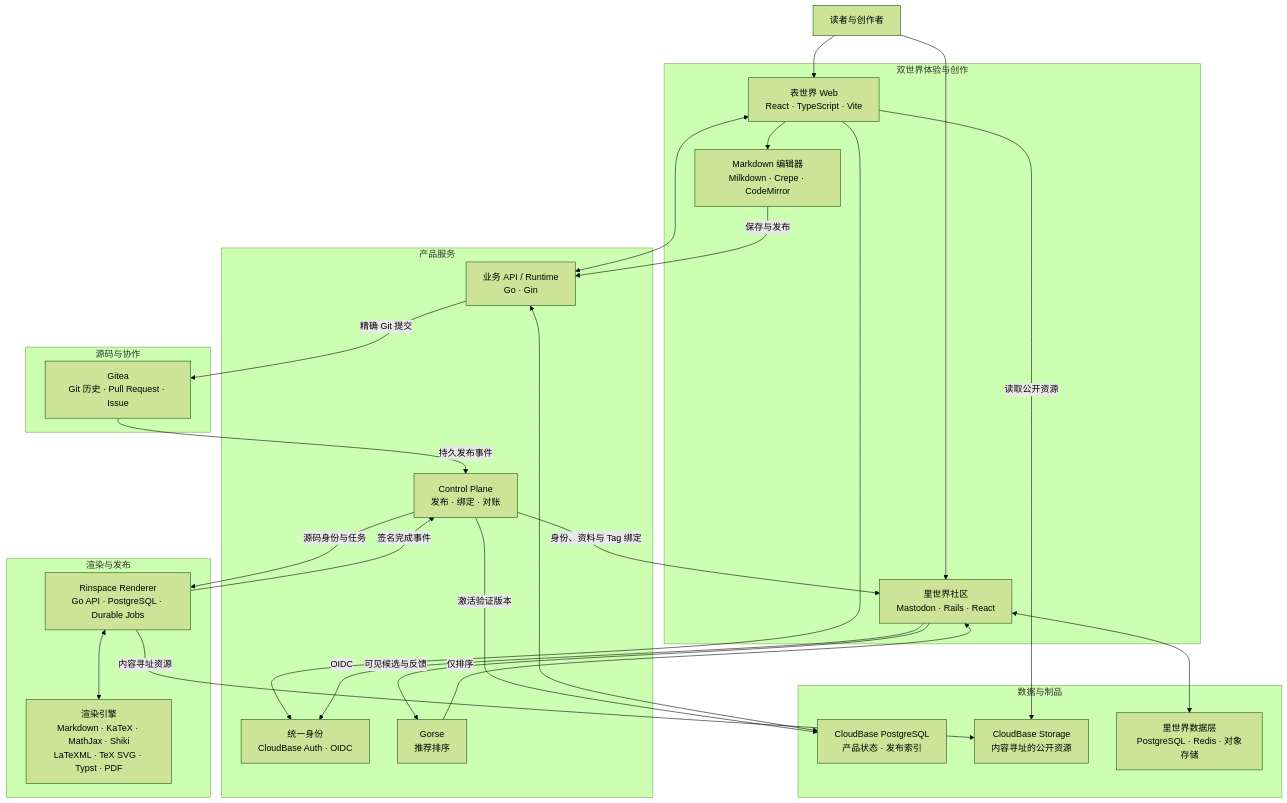
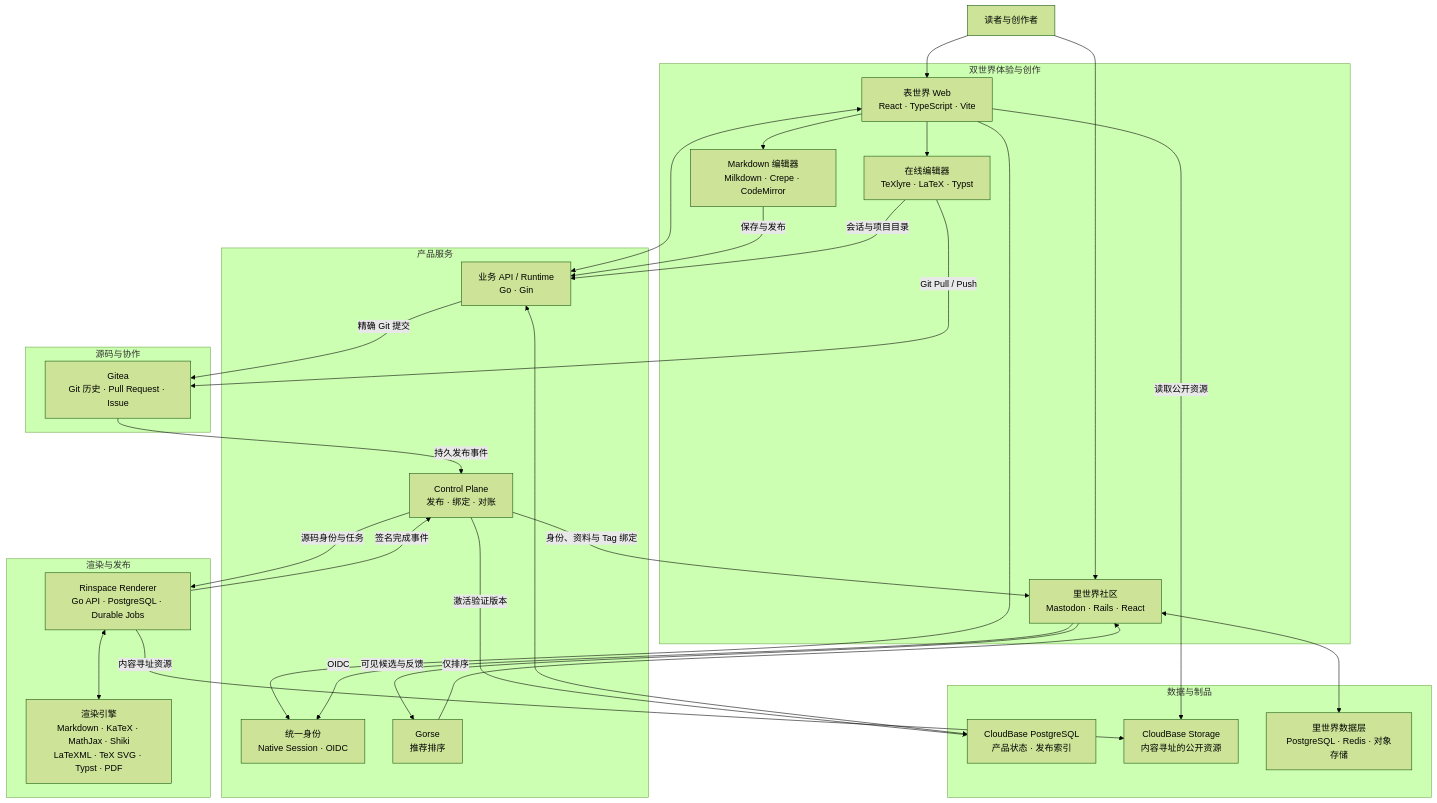
One commit to rinspacehq/.github changed the diagram in profile/README.md. Above: the diagram before and after it, drawn with Mermaid (forest theme). The commit also changed other lines of this file and 1 other file, not shown here.

````diff
--- a/profile/README.md
+++ b/profile/README.md
@@ -22,53 +27,57 @@
 ```mermaid
 flowchart TB
     USER["读者与创作者"]
 
     subgraph EXPERIENCE["双世界体验与创作"]
         OUTER["表世界 Web<br/>React · TypeScript · Vite"]
         EDITOR["Markdown 编辑器<br/>Milkdown · Crepe · CodeMirror"]
+        WORKSPACE["在线编辑器<br/>TeXlyre · LaTeX · Typst"]
         INNER["里世界社区<br/>Mastodon · Rails · React"]
     end
 
     subgraph PRODUCT["产品服务"]
         API["业务 API / Runtime<br/>Go · Gin"]
-        IDENTITY["统一身份<br/>CloudBase Auth · OIDC"]
+        IDENTITY["统一身份<br/>Native Session · OIDC"]
         CONTROL["Control Plane<br/>发布 · 绑定 · 对账"]
         GORSE["Gorse<br/>推荐排序"]
     end
 
     subgraph SOURCE["源码与协作"]
         GITEA["Gitea<br/>Git 历史 · Pull Request · Issue"]
     end
 
     subgraph RENDERING["渲染与发布"]
         RENDERER["Rinspace Renderer<br/>Go API · PostgreSQL · Durable Jobs"]
         ENGINES["渲染引擎<br/>Markdown · KaTeX · MathJax · Shiki<br/>LaTeXML · TeX SVG · Typst · PDF"]
     end
 
     subgraph DATA["数据与制品"]
         DATABASE["CloudBase PostgreSQL<br/>产品状态 · 发布索引"]
         STORAGE["CloudBase Storage<br/>内容寻址的公开资源"]
         SOCIAL["里世界数据层<br/>PostgreSQL · Redis · 对象存储"]
     end
 
     USER --> OUTER
     USER --> INNER
     OUTER --> EDITOR
+    OUTER --> WORKSPACE
     OUTER <--> API
     OUTER --> IDENTITY
     INNER -->|OIDC| IDENTITY
     EDITOR -->|保存与发布| API
+    WORKSPACE -->|会话与项目目录| API
+    WORKSPACE -->|Git Pull / Push| GITEA
     API -->|精确 Git 提交| GITEA
     GITEA -->|持久发布事件| CONTROL
     CONTROL -->|源码身份与任务| RENDERER
     RENDERER <--> ENGINES
     RENDERER -->|内容寻址资源| STORAGE
     RENDERER -->|签名完成事件| CONTROL
     CONTROL -->|激活验证版本| DATABASE
     API <--> DATABASE
     OUTER -->|读取公开资源| STORAGE
     CONTROL -->|身份、资料与 Tag 绑定| INNER
     INNER <--> SOCIAL
     INNER -->|可见候选与反馈| GORSE
     GORSE -->|仅排序| INNER
 ```
````
